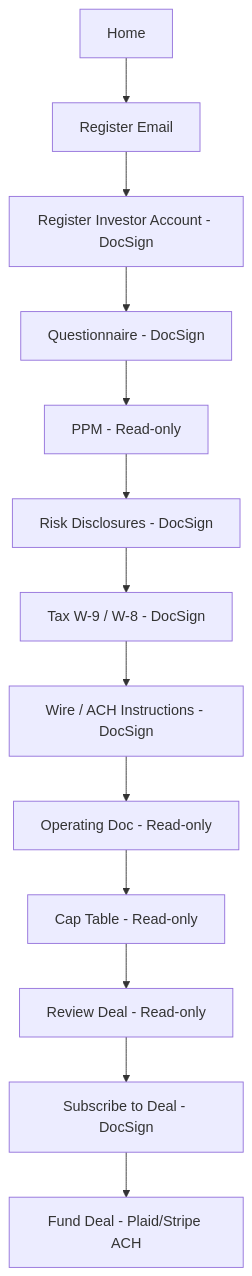
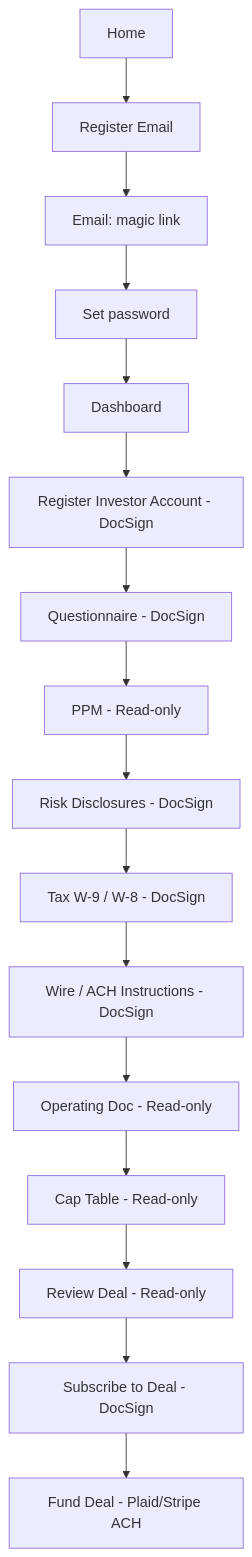
Before and after one commit to ModularEquity/GoldenGate: the diagram in docs/flow.md, drawn with Mermaid. The commit also changed 27 other files, not shown here.

First line of the commit message:
feat(auth): magic link email, set password, dashboard session

````diff
--- a/docs/flow.md
+++ b/docs/flow.md
@@ -5,15 +5,18 @@
 ```mermaid
 flowchart TD
   A[Home] --> B[Register Email]
-  B --> C[Register Investor Account - DocSign]
+  B --> B1[Email: magic link]
+  B1 --> B2[Set password]
+  B2 --> B3[Dashboard]
+  B3 --> C[Register Investor Account - DocSign]
   C --> D[Questionnaire - DocSign]
   D --> E[PPM - Read-only]
   E --> F[Risk Disclosures - DocSign]
   F --> G[Tax W-9 / W-8 - DocSign]
   G --> H[Wire / ACH Instructions - DocSign]
   H --> I[Operating Doc - Read-only]
   I --> J[Cap Table - Read-only]
   J --> K[Review Deal - Read-only]
   K --> L[Subscribe to Deal - DocSign]
   L --> M[Fund Deal - Plaid/Stripe ACH]
 ```
````
